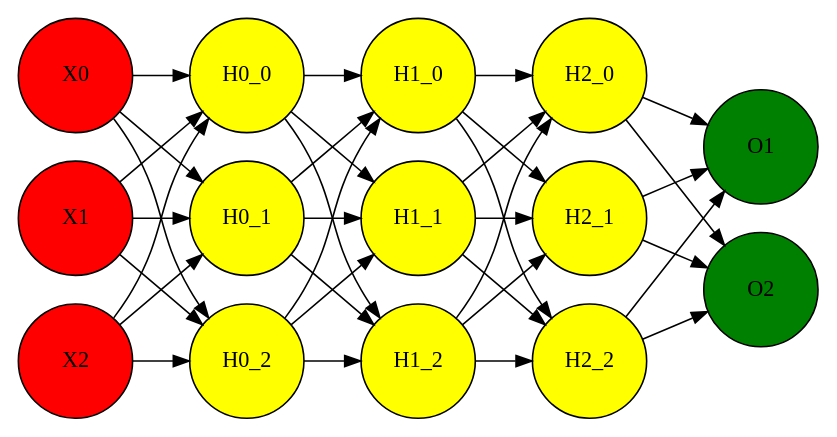
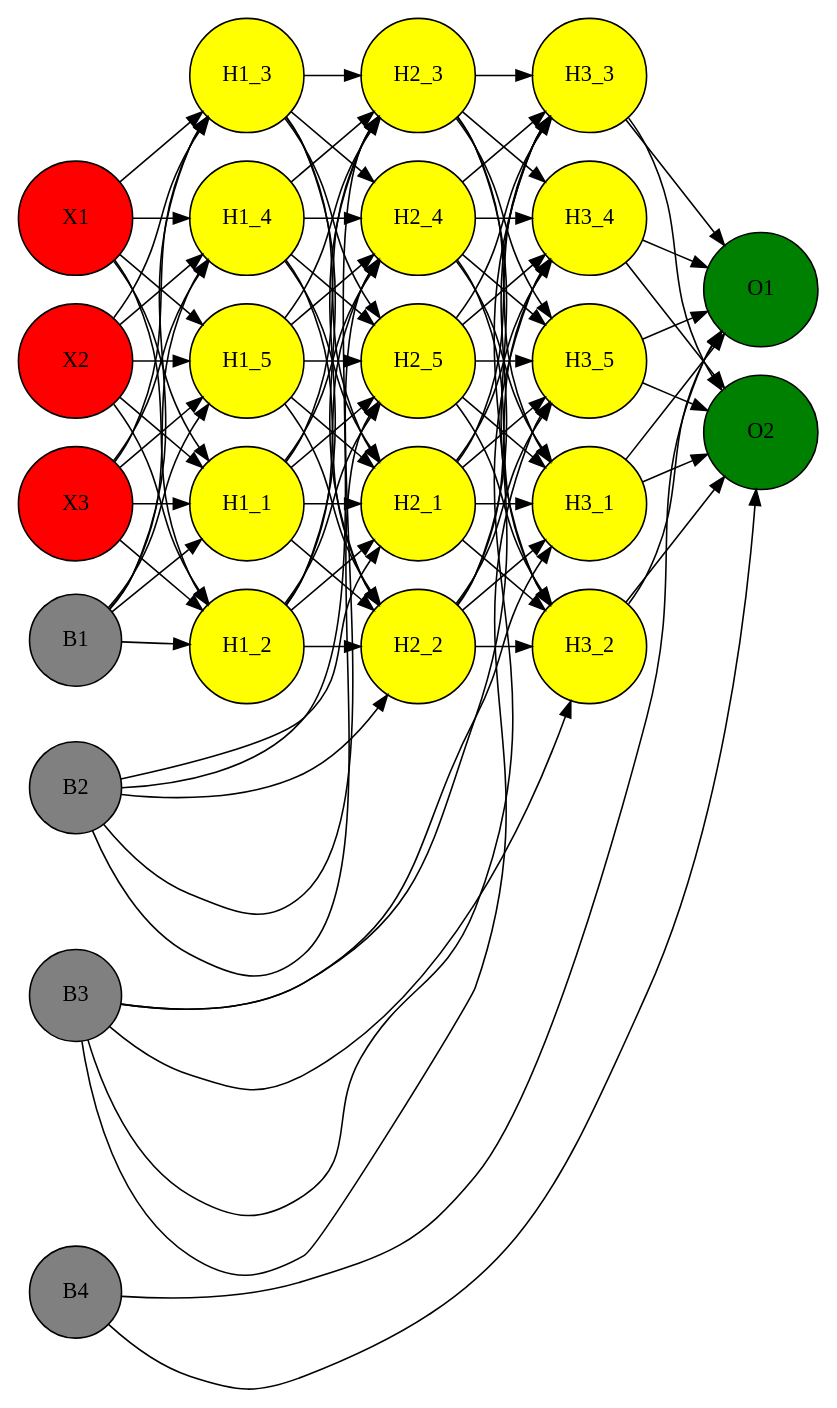
One commit to miannetopokki/IF3270_Tubes1_MachineLearning changed the diagram in src/mlp.dot. Above: the diagram before and after it, drawn with Graphviz. The commit also changed 6 other files, not shown here.

Commit message:
feat:w and deltaW distribution fixing mlp graph

```diff
--- a/src/mlp.dot
+++ b/src/mlp.dot
@@ -1,50 +1,123 @@
 digraph {
 	graph [rankdir=LR]
-	input0 [label=X0 fillcolor=red height=1.0 shape=circle style=filled width=1.0]
-	input1 [label=X1 fillcolor=red height=1.0 shape=circle style=filled width=1.0]
-	input2 [label=X2 fillcolor=red height=1.0 shape=circle style=filled width=1.0]
-	layer0_neuron0 [label=H0_0 fillcolor=yellow height=1.0 shape=circle style=filled width=1.0]
-	layer0_neuron1 [label=H0_1 fillcolor=yellow height=1.0 shape=circle style=filled width=1.0]
-	layer0_neuron2 [label=H0_2 fillcolor=yellow height=1.0 shape=circle style=filled width=1.0]
-	layer1_neuron0 [label=H1_0 fillcolor=yellow height=1.0 shape=circle style=filled width=1.0]
-	layer1_neuron1 [label=H1_1 fillcolor=yellow height=1.0 shape=circle style=filled width=1.0]
-	layer1_neuron2 [label=H1_2 fillcolor=yellow height=1.0 shape=circle style=filled width=1.0]
-	layer2_neuron0 [label=H2_0 fillcolor=yellow height=1.0 shape=circle style=filled width=1.0]
-	layer2_neuron1 [label=H2_1 fillcolor=yellow height=1.0 shape=circle style=filled width=1.0]
-	layer2_neuron2 [label=H2_2 fillcolor=yellow height=1.0 shape=circle style=filled width=1.0]
+	input0 [label=X1 fillcolor=red height=1.0 shape=circle style=filled width=1.0]
+	input1 [label=X2 fillcolor=red height=1.0 shape=circle style=filled width=1.0]
+	input2 [label=X3 fillcolor=red height=1.0 shape=circle style=filled width=1.0]
+	layer0_neuron0 [label=H1_1 fillcolor=yellow height=1.0 shape=circle style=filled width=1.0]
+	layer0_neuron1 [label=H1_2 fillcolor=yellow height=1.0 shape=circle style=filled width=1.0]
+	layer0_neuron2 [label=H1_3 fillcolor=yellow height=1.0 shape=circle style=filled width=1.0]
+	layer0_neuron3 [label=H1_4 fillcolor=yellow height=1.0 shape=circle style=filled width=1.0]
+	layer0_neuron4 [label=H1_5 fillcolor=yellow height=1.0 shape=circle style=filled width=1.0]
+	bias1 [label=B1 fillcolor=gray height=0.8 shape=circle style=filled width=0.8]
+	rank=same
+	bias1 -> layer0_neuron0 [constraint=false]
+	bias1 -> layer0_neuron1 [constraint=false]
+	bias1 -> layer0_neuron2 [constraint=false]
+	bias1 -> layer0_neuron3 [constraint=false]
+	bias1 -> layer0_neuron4 [constraint=false]
+	layer1_neuron0 [label=H2_1 fillcolor=yellow height=1.0 shape=circle style=filled width=1.0]
+	layer1_neuron1 [label=H2_2 fillcolor=yellow height=1.0 shape=circle style=filled width=1.0]
+	layer1_neuron2 [label=H2_3 fillcolor=yellow height=1.0 shape=circle style=filled width=1.0]
+	layer1_neuron3 [label=H2_4 fillcolor=yellow height=1.0 shape=circle style=filled width=1.0]
+	layer1_neuron4 [label=H2_5 fillcolor=yellow height=1.0 shape=circle style=filled width=1.0]
+	bias2 [label=B2 fillcolor=gray height=0.8 shape=circle style=filled width=0.8]
+	rank=same
+	bias2 -> layer1_neuron0 [constraint=false]
+	bias2 -> layer1_neuron1 [constraint=false]
+	bias2 -> layer1_neuron2 [constraint=false]
+	bias2 -> layer1_neuron3 [constraint=false]
+	bias2 -> layer1_neuron4 [constraint=false]
+	layer2_neuron0 [label=H3_1 fillcolor=yellow height=1.0 shape=circle style=filled width=1.0]
+	layer2_neuron1 [label=H3_2 fillcolor=yellow height=1.0 shape=circle style=filled width=1.0]
+	layer2_neuron2 [label=H3_3 fillcolor=yellow height=1.0 shape=circle style=filled width=1.0]
+	layer2_neuron3 [label=H3_4 fillcolor=yellow height=1.0 shape=circle style=filled width=1.0]
+	layer2_neuron4 [label=H3_5 fillcolor=yellow height=1.0 shape=circle style=filled width=1.0]
+	bias3 [label=B3 fillcolor=gray height=0.8 shape=circle style=filled width=0.8]
+	rank=same
+	bias3 -> layer2_neuron0 [constraint=false]
+	bias3 -> layer2_neuron1 [constraint=false]
+	bias3 -> layer2_neuron2 [constraint=false]
+	bias3 -> layer2_neuron3 [constraint=false]
+	bias3 -> layer2_neuron4 [constraint=false]
 	layer3_neuron0 [label=O1 fillcolor=green height=1.0 shape=circle style=filled width=1.0]
 	layer3_neuron1 [label=O2 fillcolor=green height=1.0 shape=circle style=filled width=1.0]
+	bias4 [label=B4 fillcolor=gray height=0.8 shape=circle style=filled width=0.8]
+	rank=same
+	bias4 -> layer3_neuron0 [constraint=false]
+	bias4 -> layer3_neuron1 [constraint=false]
 	input0 -> layer0_neuron0
 	input0 -> layer0_neuron1
 	input0 -> layer0_neuron2
+	input0 -> layer0_neuron3
+	input0 -> layer0_neuron4
 	input1 -> layer0_neuron0
 	input1 -> layer0_neuron1
 	input1 -> layer0_neuron2
+	input1 -> layer0_neuron3
+	input1 -> layer0_neuron4
 	input2 -> layer0_neuron0
 	input2 -> layer0_neuron1
 	input2 -> layer0_neuron2
+	input2 -> layer0_neuron3
+	input2 -> layer0_neuron4
 	layer0_neuron0 -> layer1_neuron0
 	layer0_neuron0 -> layer1_neuron1
 	layer0_neuron0 -> layer1_neuron2
+	layer0_neuron0 -> layer1_neuron3
+	layer0_neuron0 -> layer1_neuron4
 	layer0_neuron1 -> layer1_neuron0
 	layer0_neuron1 -> layer1_neuron1
 	layer0_neuron1 -> layer1_neuron2
+	layer0_neuron1 -> layer1_neuron3
+	layer0_neuron1 -> layer1_neuron4
 	layer0_neuron2 -> layer1_neuron0
 	layer0_neuron2 -> layer1_neuron1
 	layer0_neuron2 -> layer1_neuron2
+	layer0_neuron2 -> layer1_neuron3
+	layer0_neuron2 -> layer1_neuron4
+	layer0_neuron3 -> layer1_neuron0
+	layer0_neuron3 -> layer1_neuron1
+	layer0_neuron3 -> layer1_neuron2
+	layer0_neuron3 -> layer1_neuron3
+	layer0_neuron3 -> layer1_neuron4
+	layer0_neuron4 -> layer1_neuron0
+	layer0_neuron4 -> layer1_neuron1
+	layer0_neuron4 -> layer1_neuron2
+	layer0_neuron4 -> layer1_neuron3
+	layer0_neuron4 -> layer1_neuron4
 	layer1_neuron0 -> layer2_neuron0
 	layer1_neuron0 -> layer2_neuron1
 	layer1_neuron0 -> layer2_neuron2
+	layer1_neuron0 -> layer2_neuron3
+	layer1_neuron0 -> layer2_neuron4
 	layer1_neuron1 -> layer2_neuron0
 	layer1_neuron1 -> layer2_neuron1
 	layer1_neuron1 -> layer2_neuron2
+	layer1_neuron1 -> layer2_neuron3
+	layer1_neuron1 -> layer2_neuron4
 	layer1_neuron2 -> layer2_neuron0
 	layer1_neuron2 -> layer2_neuron1
 	layer1_neuron2 -> layer2_neuron2
+	layer1_neuron2 -> layer2_neuron3
+	layer1_neuron2 -> layer2_neuron4
+	layer1_neuron3 -> layer2_neuron0
+	layer1_neuron3 -> layer2_neuron1
+	layer1_neuron3 -> layer2_neuron2
+	layer1_neuron3 -> layer2_neuron3
+	layer1_neuron3 -> layer2_neuron4
+	layer1_neuron4 -> layer2_neuron0
+	layer1_neuron4 -> layer2_neuron1
+	layer1_neuron4 -> layer2_neuron2
+	layer1_neuron4 -> layer2_neuron3
+	layer1_neuron4 -> layer2_neuron4
 	layer2_neuron0 -> layer3_neuron0
 	layer2_neuron0 -> layer3_neuron1
 	layer2_neuron1 -> layer3_neuron0
 	layer2_neuron1 -> layer3_neuron1
 	layer2_neuron2 -> layer3_neuron0
 	layer2_neuron2 -> layer3_neuron1
+	layer2_neuron3 -> layer3_neuron0
+	layer2_neuron3 -> layer3_neuron1
+	layer2_neuron4 -> layer3_neuron0
+	layer2_neuron4 -> layer3_neuron1
 }
```
